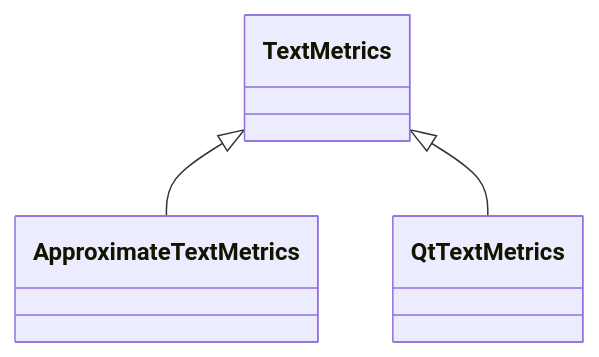
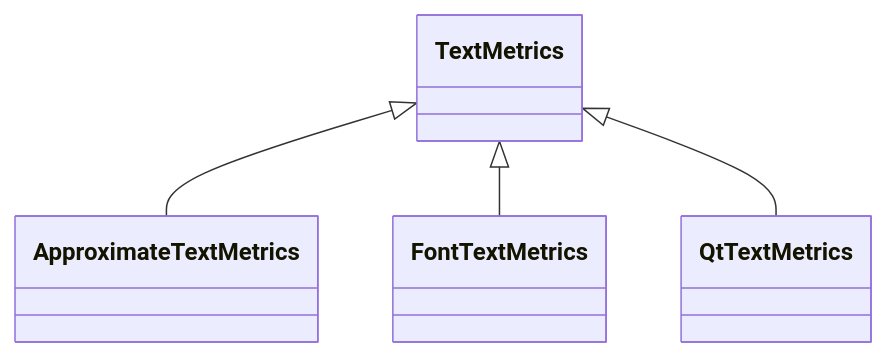
Before and after one commit to mne-tools/mne-cpp: the diagram in doc/website/docs/api/viz/text-metrics.mdx, drawn with Mermaid. The commit also changed other lines of this file and 59 other files, not shown here.

````diff
--- a/doc/website/docs/api/viz/text-metrics.mdx
+++ b/doc/website/docs/api/viz/text-metrics.mdx
@@ -51,7 +51,9 @@
 ```mermaid
 classDiagram
     TextMetrics <|-- ApproximateTextMetrics
     click ApproximateTextMetrics href "../../viz/approximate-text-metrics/"
+    TextMetrics <|-- FontTextMetrics
+    click FontTextMetrics href "../../viz/font-text-metrics/"
     TextMetrics <|-- QtTextMetrics
     click QtTextMetrics href "../../viz-qt/qt-text-metrics/"
 ```
````
